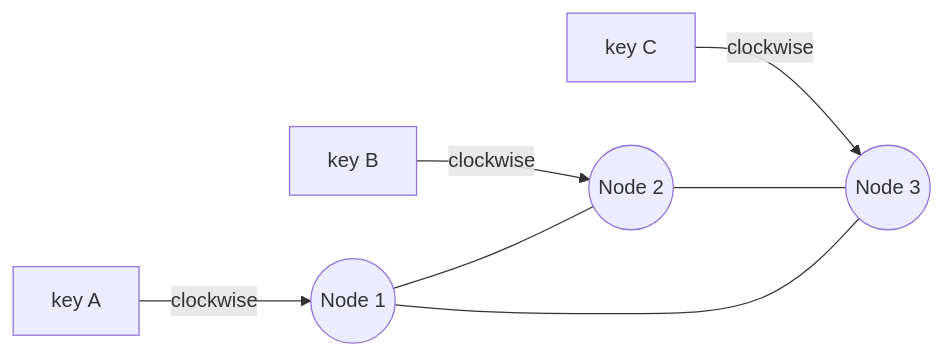
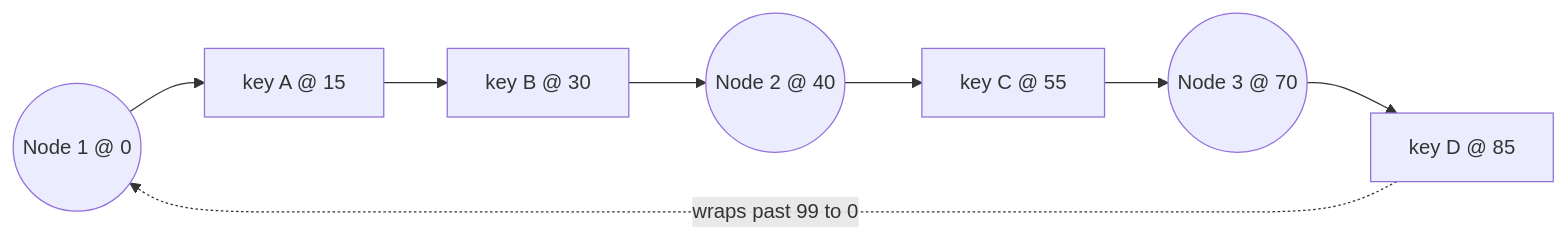
The first of 5 diagrams in HLD/Topics/10 - Distributed Building Blocks/10 - Distributed Building Blocks.md (zekkrron/cs-knowledge-base), drawn with Mermaid before and after one commit. The commit also changed other lines of this file and 30 other files, not shown here.

````diff
--- a/HLD/Topics/10 - Distributed Building Blocks/10 - Distributed Building Blocks.md
+++ b/HLD/Topics/10 - Distributed Building Blocks/10 - Distributed Building Blocks.md
@@ -33,7 +35,6 @@
 ```mermaid
 flowchart LR
-    K1[key A] -->|clockwise| N1((Node 1))
-    K2[key B] -->|clockwise| N2((Node 2))
-    K3[key C] -->|clockwise| N3((Node 3))
-    N1 --- N2 --- N3 --- N1
+    N1((Node 1 @ 0)) --> KA[key A @ 15] --> KB[key B @ 30] --> N2((Node 2 @ 40))
+    N2 --> KC[key C @ 55] --> N3((Node 3 @ 70))
+    N3 --> KD[key D @ 85] -.->|wraps past 99 to 0| N1
 ```
````
